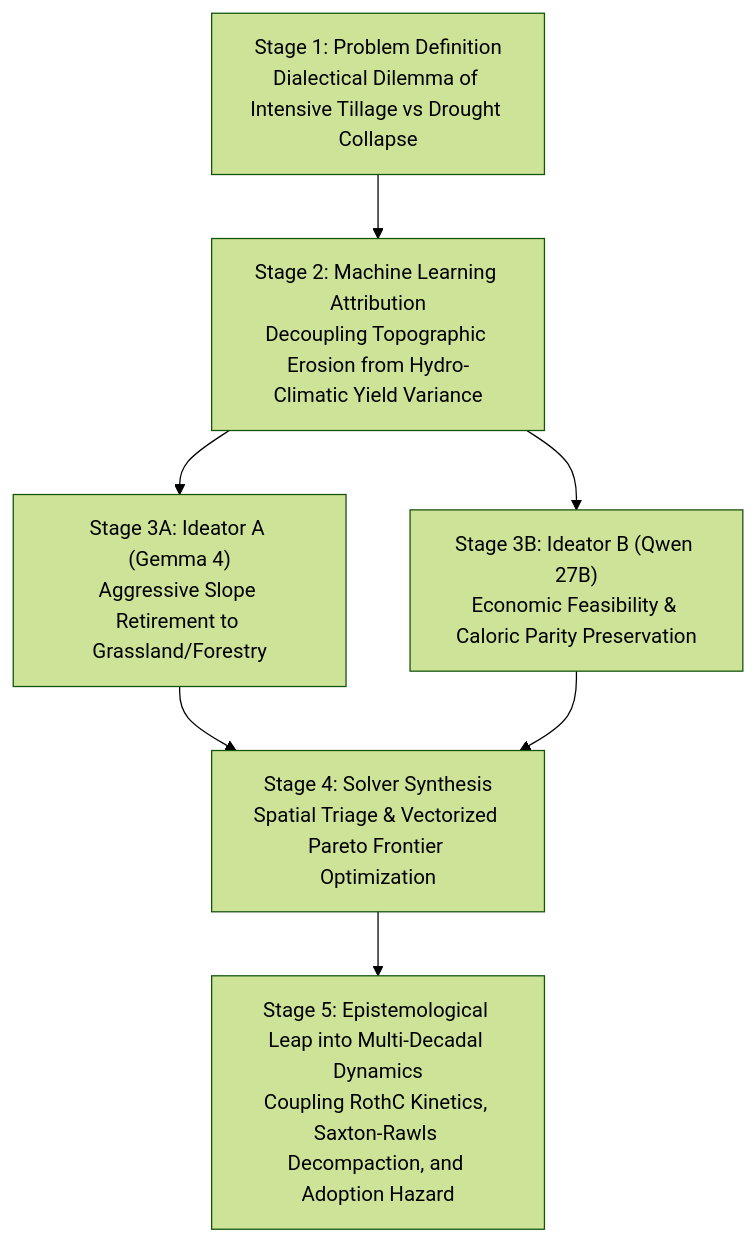
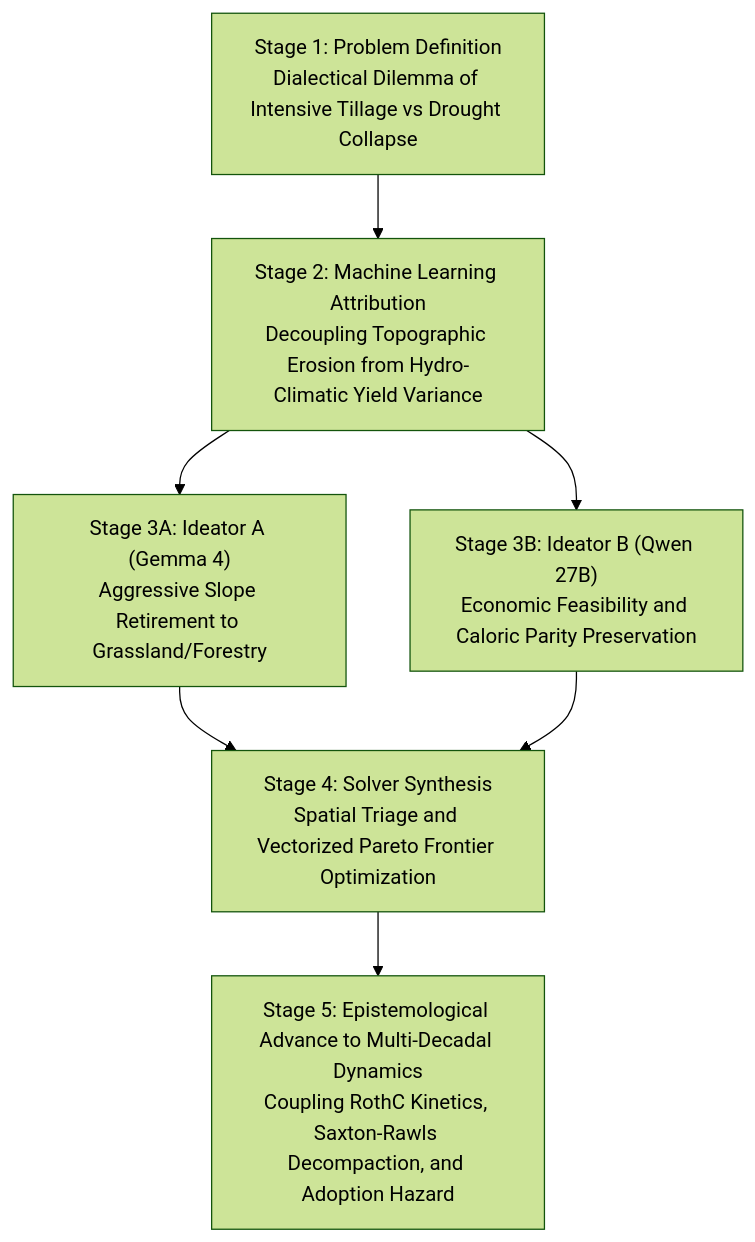
One commit to vlattko/epic_neural changed the diagram in paper/gemma4_developer_agent_paper.md. Above: the diagram before and after it, drawn with Mermaid (forest theme). The commit also changed other lines of this file, not shown here.

````diff
--- a/paper/gemma4_developer_agent_paper.md
+++ b/paper/gemma4_developer_agent_paper.md
@@ -88,9 +89,9 @@
 ```mermaid
 flowchart TD
     A["Stage 1: Problem Definition\nDialectical Dilemma of Intensive Tillage vs Drought Collapse"] --> B["Stage 2: Machine Learning Attribution\nDecoupling Topographic Erosion from Hydro-Climatic Yield Variance"]
     B --> C1["Stage 3A: Ideator A (Gemma 4)\nAggressive Slope Retirement to Grassland/Forestry"]
-    B --> C2["Stage 3B: Ideator B (Qwen 27B)\nEconomic Feasibility & Caloric Parity Preservation"]
-    C1 --> D["Stage 4: Solver Synthesis\nSpatial Triage & Vectorized Pareto Frontier Optimization"]
+    B --> C2["Stage 3B: Ideator B (Qwen 27B)\nEconomic Feasibility and Caloric Parity Preservation"]
+    C1 --> D["Stage 4: Solver Synthesis\nSpatial Triage and Vectorized Pareto Frontier Optimization"]
     C2 --> D
-    D --> E["Stage 5: Epistemological Leap into Multi-Decadal Dynamics\nCoupling RothC Kinetics, Saxton-Rawls Decompaction, and Adoption Hazard"]
+    D --> E["Stage 5: Epistemological Advance to Multi-Decadal Dynamics\nCoupling RothC Kinetics, Saxton-Rawls Decompaction, and Adoption Hazard"]
 ```
````
